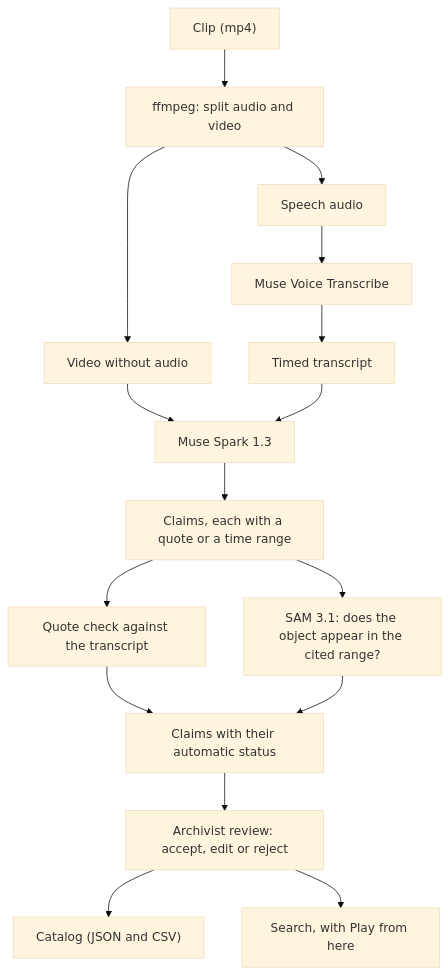
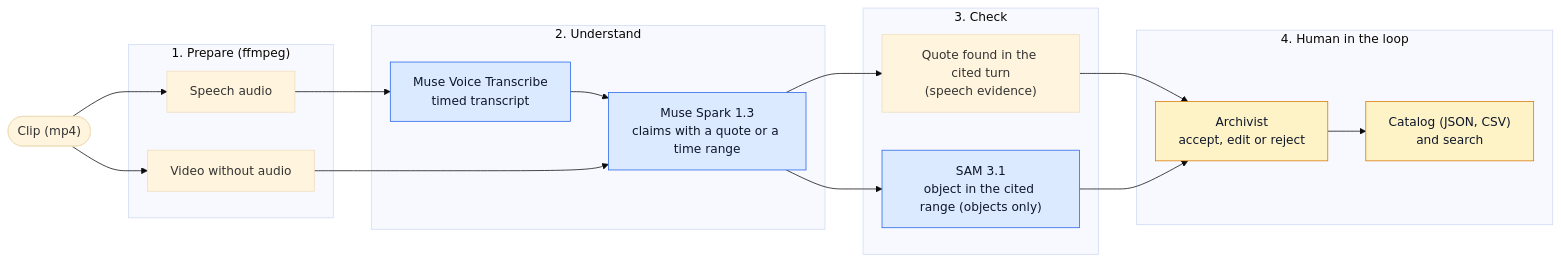
One commit to jorgedoiany/verifiable-archive-indexer changed the diagram in README.md. Above: the diagram before and after it, drawn with Mermaid (base theme). The commit also changed other lines of this file and 2 other files, not shown here.

Commit message:
docs: redraw the data-flow diagram and add a module map

````diff
--- a/README.md
+++ b/README.md
@@ -60,18 +62,29 @@
 ```mermaid
-flowchart TD
-    clip["Clip (mp4)"] --> ffmpeg["ffmpeg: split audio and video"]
-    ffmpeg --> audio["Speech audio"]
-    ffmpeg --> silent["Video without audio"]
-    audio --> asr["Muse Voice Transcribe"]
-    asr --> transcript["Timed transcript"]
-    silent --> spark["Muse Spark 1.3"]
-    transcript --> spark
-    spark --> claims["Claims, each with a quote or a time range"]
-    claims --> quote["Quote check against the transcript"]
-    claims --> sam["SAM 3.1: does the object appear in the cited range?"]
-    quote --> checked["Claims with their automatic status"]
-    sam --> checked
-    checked --> review["Archivist review: accept, edit or reject"]
-    review --> catalog["Catalog (JSON and CSV)"]
-    review --> search["Search, with Play from here"]
+flowchart LR
+    clip(["Clip (mp4)"])
+    subgraph prep["1. Prepare (ffmpeg)"]
+        audio["Speech audio"]
+        silent["Video without audio"]
+    end
+    subgraph understand["2. Understand"]
+        asr["Muse Voice Transcribe<br/>timed transcript"]
+        spark["Muse Spark 1.3<br/>claims with a quote or a time range"]
+    end
+    subgraph check["3. Check"]
+        quote["Quote found in the cited turn<br/>(speech evidence)"]
+        sam["SAM 3.1<br/>object in the cited range (objects only)"]
+    end
+    subgraph loop["4. Human in the loop"]
+        review["Archivist<br/>accept, edit or reject"]
+        out["Catalog (JSON, CSV)<br/>and search"]
+    end
+    clip --> audio --> asr --> spark
+    clip --> silent --> spark
+    spark --> quote --> review
+    spark --> sam --> review
+    review --> out
+    classDef meta fill:#dbeafe,stroke:#2563eb,color:#0f172a
+    classDef people fill:#fef3c7,stroke:#d97706,color:#0f172a
+    class asr,spark,sam meta
+    class review,out people
 ```
````
